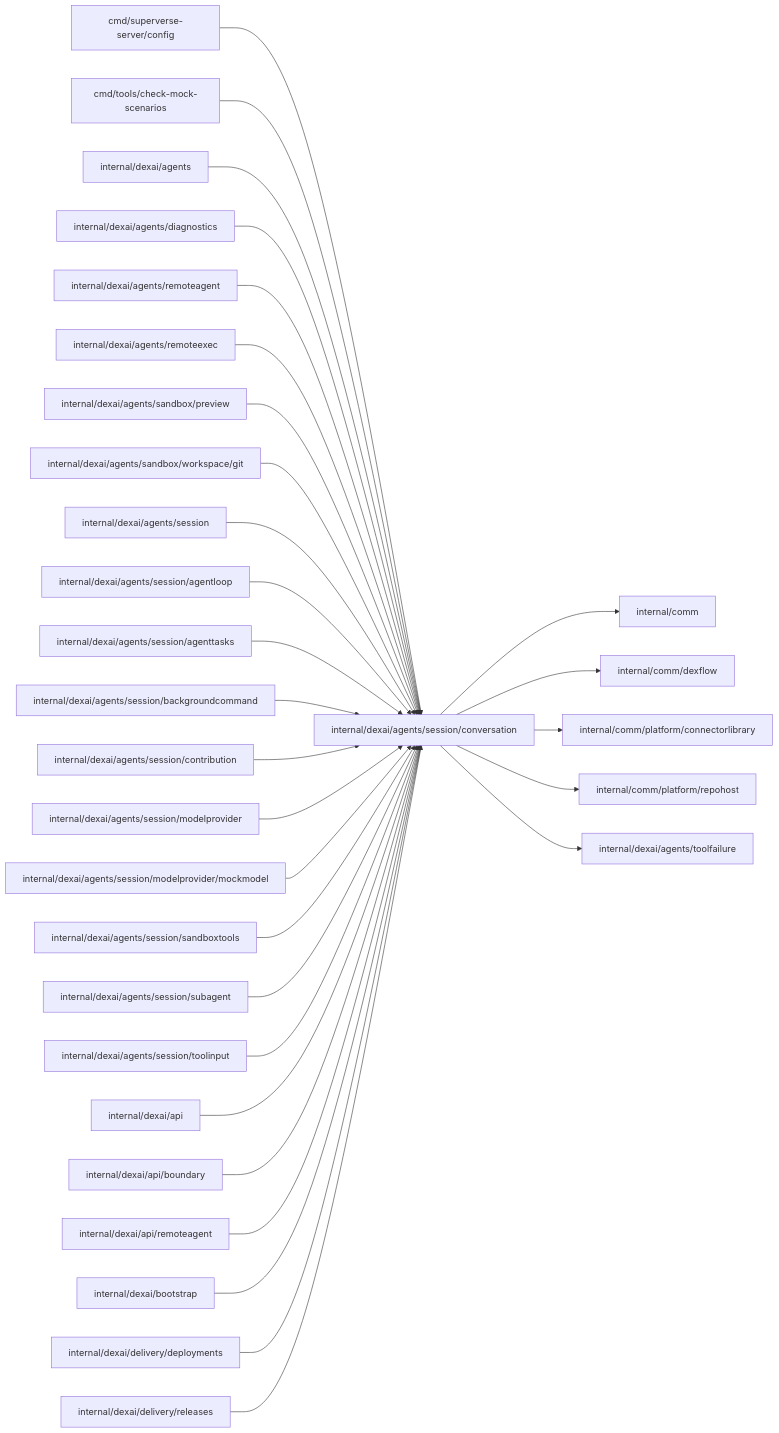
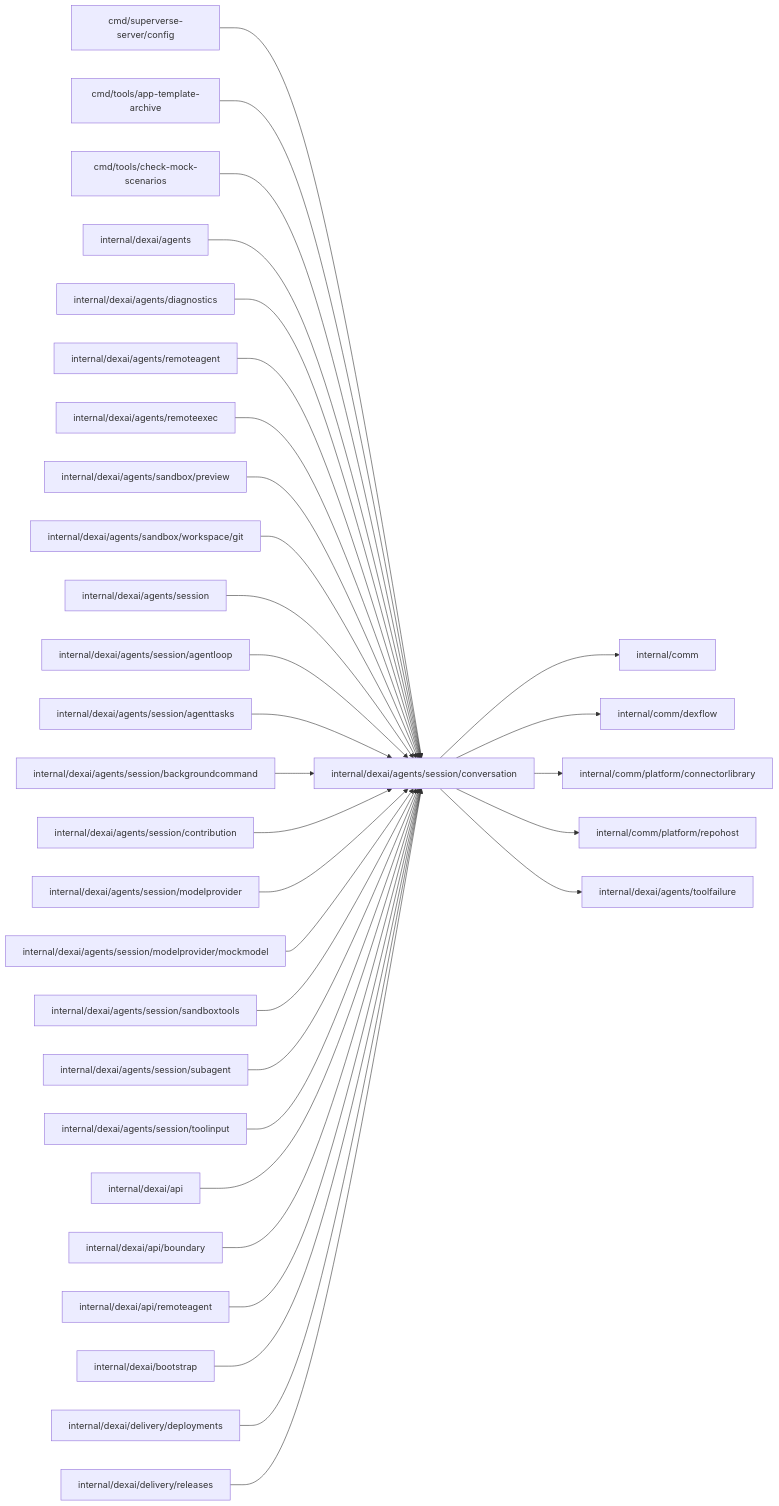
The diagram in internal/dexai/agents/session/conversation/README.md (superdurable/superverse), drawn with Mermaid before and after one commit. The commit also changed other lines of this file and 167 other files, not shown here.

````diff
--- a/internal/dexai/agents/session/conversation/README.md
+++ b/internal/dexai/agents/session/conversation/README.md
@@ -10,33 +10,34 @@
 ```mermaid
 flowchart LR
   self["internal/dexai/agents/session/conversation"]
   c0["cmd/superverse-server/config"] --> self
-  c1["cmd/tools/check-mock-scenarios"] --> self
-  c2["internal/dexai/agents"] --> self
-  c3["internal/dexai/agents/diagnostics"] --> self
-  c4["internal/dexai/agents/remoteagent"] --> self
-  c5["internal/dexai/agents/remoteexec"] --> self
-  c6["internal/dexai/agents/sandbox/preview"] --> self
-  c7["internal/dexai/agents/sandbox/workspace/git"] --> self
-  c8["internal/dexai/agents/session"] --> self
-  c9["internal/dexai/agents/session/agentloop"] --> self
-  c10["internal/dexai/agents/session/agenttasks"] --> self
-  c11["internal/dexai/agents/session/backgroundcommand"] --> self
-  c12["internal/dexai/agents/session/contribution"] --> self
-  c13["internal/dexai/agents/session/modelprovider"] --> self
-  c14["internal/dexai/agents/session/modelprovider/mockmodel"] --> self
-  c15["internal/dexai/agents/session/sandboxtools"] --> self
-  c16["internal/dexai/agents/session/subagent"] --> self
-  c17["internal/dexai/agents/session/toolinput"] --> self
-  c18["internal/dexai/api"] --> self
-  c19["internal/dexai/api/boundary"] --> self
-  c20["internal/dexai/api/remoteagent"] --> self
-  c21["internal/dexai/bootstrap"] --> self
-  c22["internal/dexai/delivery/deployments"] --> self
-  c23["internal/dexai/delivery/releases"] --> self
+  c1["cmd/tools/app-template-archive"] --> self
+  c2["cmd/tools/check-mock-scenarios"] --> self
+  c3["internal/dexai/agents"] --> self
+  c4["internal/dexai/agents/diagnostics"] --> self
+  c5["internal/dexai/agents/remoteagent"] --> self
+  c6["internal/dexai/agents/remoteexec"] --> self
+  c7["internal/dexai/agents/sandbox/preview"] --> self
+  c8["internal/dexai/agents/sandbox/workspace/git"] --> self
+  c9["internal/dexai/agents/session"] --> self
+  c10["internal/dexai/agents/session/agentloop"] --> self
+  c11["internal/dexai/agents/session/agenttasks"] --> self
+  c12["internal/dexai/agents/session/backgroundcommand"] --> self
+  c13["internal/dexai/agents/session/contribution"] --> self
+  c14["internal/dexai/agents/session/modelprovider"] --> self
+  c15["internal/dexai/agents/session/modelprovider/mockmodel"] --> self
+  c16["internal/dexai/agents/session/sandboxtools"] --> self
+  c17["internal/dexai/agents/session/subagent"] --> self
+  c18["internal/dexai/agents/session/toolinput"] --> self
+  c19["internal/dexai/api"] --> self
+  c20["internal/dexai/api/boundary"] --> self
+  c21["internal/dexai/api/remoteagent"] --> self
+  c22["internal/dexai/bootstrap"] --> self
+  c23["internal/dexai/delivery/deployments"] --> self
+  c24["internal/dexai/delivery/releases"] --> self
   self --> d0["internal/comm"]
   self --> d1["internal/comm/dexflow"]
   self --> d2["internal/comm/platform/connectorlibrary"]
   self --> d3["internal/comm/platform/repohost"]
   self --> d4["internal/dexai/agents/toolfailure"]
 ```
````
